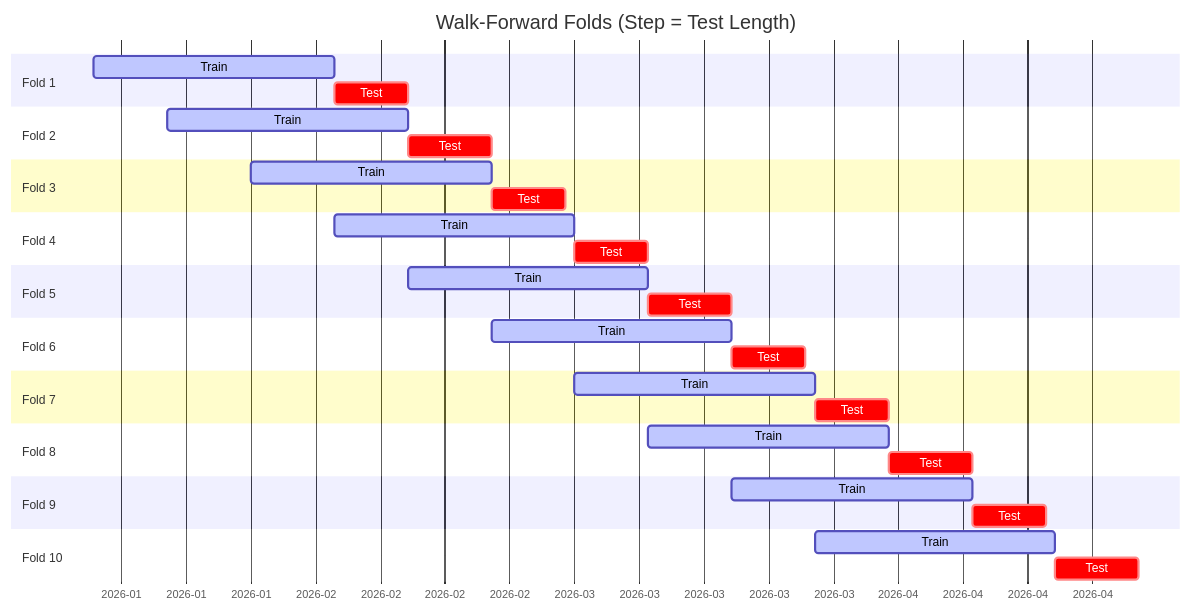
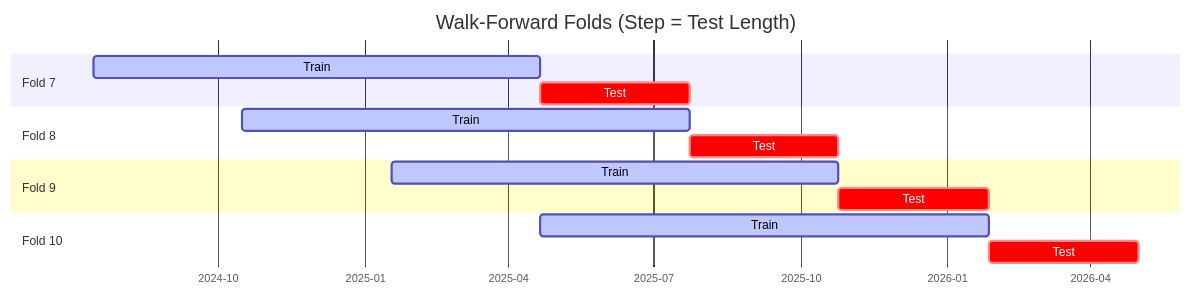
The diagram in results/research/research_20260507_165916/research_report.md (garykuepper/ggTrader), drawn with Mermaid before and after one commit. The commit also changed other lines of this file and 35 other files, not shown here.

````diff
--- a/results/research/research_20260507_165916/research_report.md
+++ b/results/research/research_20260507_165916/research_report.md
@@ -53,47 +85,23 @@
 ```mermaid
 gantt
     title Walk-Forward Folds (Step = Test Length)
     dateFormat  YYYY-MM-DD
     axisFormat  %Y-%m
     
-    section Fold 1
-    Train  :active, f1_tr, 2026-01-08, 2026-02-03
-    Test   :crit, f1_ts, 2026-02-03, 2026-02-11
-    
-    section Fold 2
-    Train  :active, f2_tr, 2026-01-16, 2026-02-11
-    Test   :crit, f2_ts, 2026-02-11, 2026-02-20
-    
-    section Fold 3
-    Train  :active, f3_tr, 2026-01-25, 2026-02-20
-    Test   :crit, f3_ts, 2026-02-20, 2026-02-28
-    
-    section Fold 4
-    Train  :active, f4_tr, 2026-02-03, 2026-03-01
-    Test   :crit, f4_ts, 2026-03-01, 2026-03-09
-    
-    section Fold 5
-    Train  :active, f5_tr, 2026-02-11, 2026-03-09
-    Test   :crit, f5_ts, 2026-03-09, 2026-03-18
-    
-    section Fold 6
-    Train  :active, f6_tr, 2026-02-20, 2026-03-18
-    Test   :crit, f6_ts, 2026-03-18, 2026-03-26
-    
     section Fold 7
-    Train  :active, f7_tr, 2026-03-01, 2026-03-27
-    Test   :crit, f7_ts, 2026-03-27, 2026-04-04
+    Train  :active, f7_tr, 2024-07-15, 2025-04-21
+    Test   :crit, f7_ts, 2025-04-21, 2025-07-24
     
     section Fold 8
-    Train  :active, f8_tr, 2026-03-09, 2026-04-04
-    Test   :crit, f8_ts, 2026-04-04, 2026-04-13
+    Train  :active, f8_tr, 2024-10-16, 2025-07-24
+    Test   :crit, f8_ts, 2025-07-24, 2025-10-25
     
     section Fold 9
-    Train  :active, f9_tr, 2026-03-18, 2026-04-13
-    Test   :crit, f9_ts, 2026-04-13, 2026-04-21
+    Train  :active, f9_tr, 2025-01-18, 2025-10-25
+    Test   :crit, f9_ts, 2025-10-25, 2026-01-27
     
     section Fold 10
-    Train  :active, f10_tr, 2026-03-27, 2026-04-22
-    Test   :crit, f10_ts, 2026-04-22, 2026-05-01
+    Train  :active, f10_tr, 2025-04-21, 2026-01-27
+    Test   :crit, f10_ts, 2026-01-27, 2026-05-01
     
 ```
````
